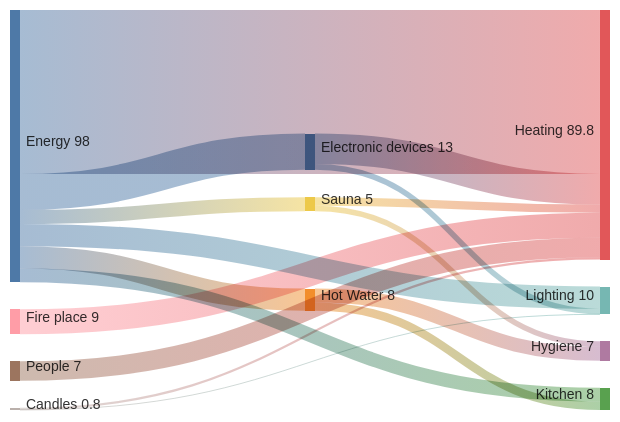
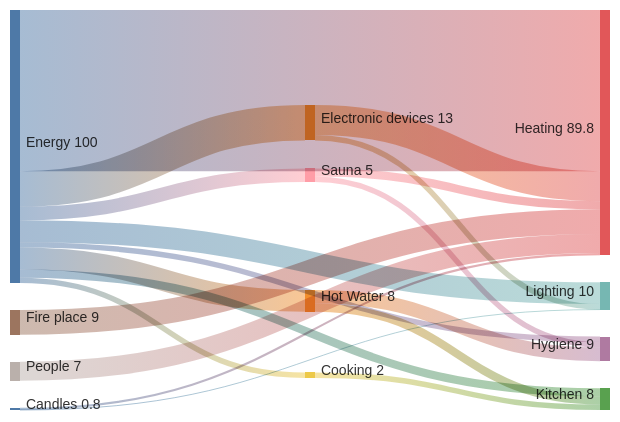
Before and after one commit to talonendm/talonendm.github.io: the diagram in _posts/2024-01-28-sahkolasku.md, drawn with Mermaid. The commit also changed other lines of this file and 2 other files, not shown here.

```diff
--- a/_posts/2024-01-28-sahkolasku.md
+++ b/_posts/2024-01-28-sahkolasku.md
@@ -168,27 +170,29 @@
 <pre class="mermaid">     
 
 
 %% CSV !!!!!
 
 sankey-beta
 
 Energy, Hot Water, 8
 Energy, Heating,59
 Energy, Lighting,8
-Energy, Kitchen, 5
+Energy, Kitchen, 3
+Energy, Cooking, 2
+Energy, Hygiene, 2
+Cooking, Kitchen, 2
 Energy, Sauna, 5
 Sauna, Heating, 3
 Sauna, Hygiene, 2
 Hot Water, Hygiene, 5
 Hot Water, Kitchen, 3
 Fire place, Heating, 9
 People, Heating, 7
 Candles, Heating, 0.799
 Candles, Lighting, 0.001
 Energy, Electronic devices, 13
 Electronic devices, Lighting, 2
 Electronic devices, Heating, 11
 
 
-
 </pre>
```
